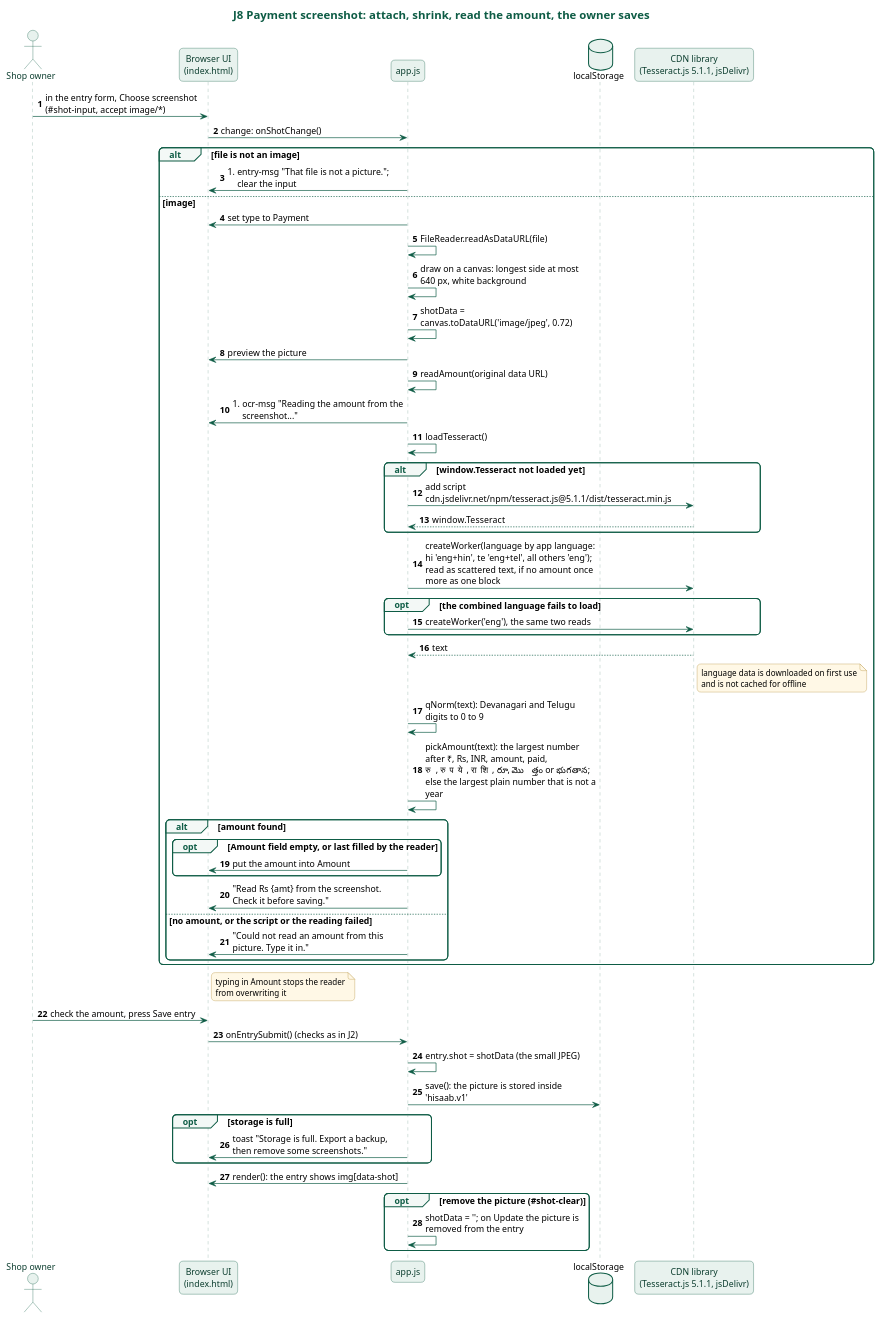
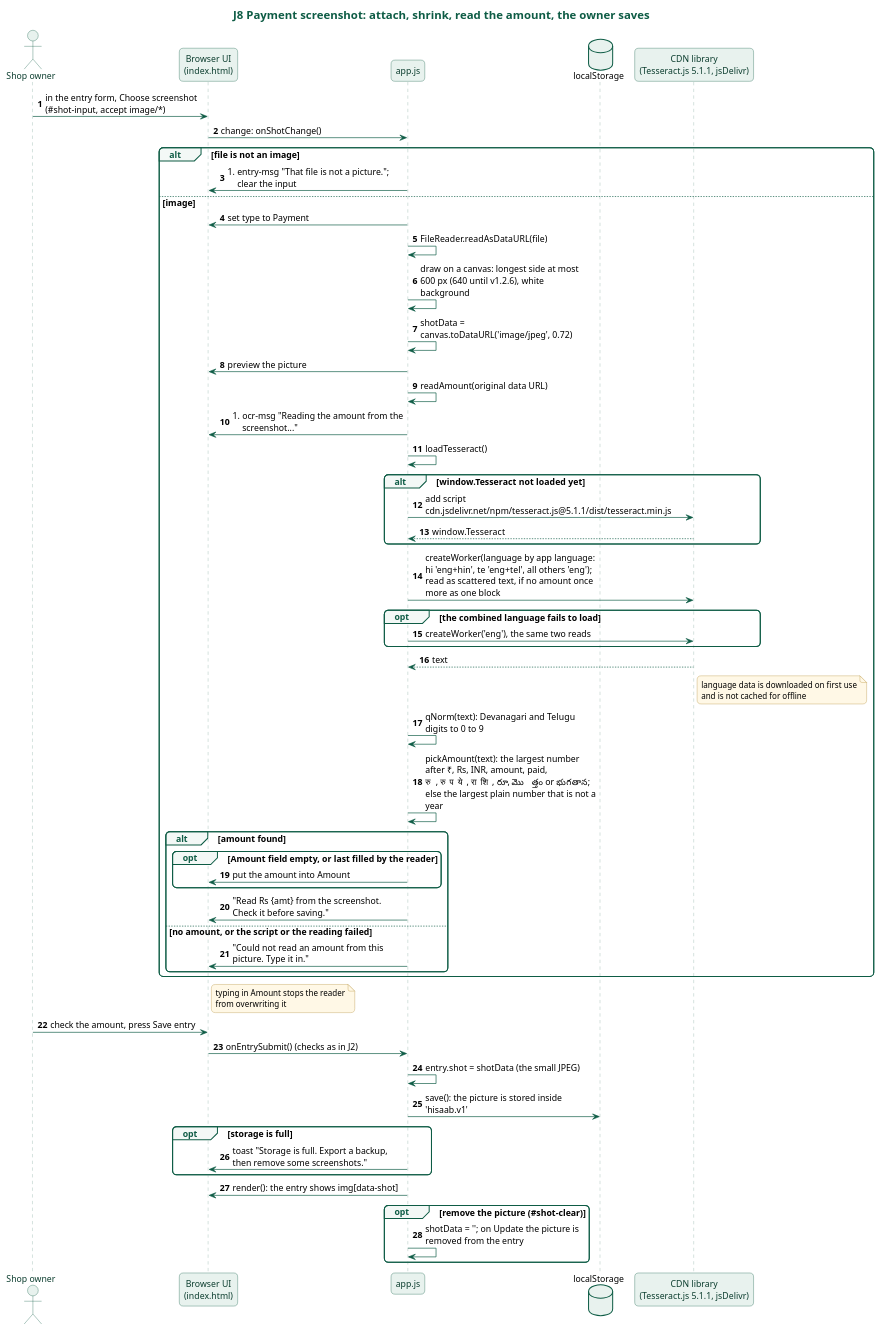
One commit to karwasanjay007/hisaab-docs changed the diagram in docs/diagrams/j8-payment-screenshot.puml. Above: the diagram before and after it, drawn with PlantUML. The commit also changed 31 other files, not shown here.

```diff
--- a/docs/diagrams/j8-payment-screenshot.puml
+++ b/docs/diagrams/j8-payment-screenshot.puml
@@ -1,92 +1,92 @@
 @startuml j8-payment-screenshot
 title J8 Payment screenshot: attach, shrink, read the amount, the owner saves
 skinparam backgroundColor white
 skinparam defaultFontName "Noto Sans"
 skinparam defaultFontSize 13
 skinparam roundCorner 12
 skinparam shadowing false
 skinparam maxMessageSize 260
 skinparam titleFontSize 17
 skinparam titleFontColor #0E5C45
 skinparam sequenceMessageAlign left
 skinparam responseMessageBelowArrow true
 skinparam sequence {
   ArrowColor #0E5C45
   LifeLineBorderColor #7FA89A
   LifeLineBackgroundColor #E8F2EE
   ParticipantBorderColor #0E5C45
   ParticipantBackgroundColor #E8F2EE
   ParticipantFontColor #0B3D2E
   ActorBorderColor #0E5C45
   ActorBackgroundColor #E8F2EE
   ActorFontColor #0B3D2E
   GroupBorderColor #0E5C45
   GroupHeaderFontColor #0E5C45
   GroupBackgroundColor #F3F8F6
   DividerBorderColor #0E5C45
   DividerBackgroundColor #E8F2EE
   DividerFontColor #0B3D2E
   BoxBorderColor #0E5C45
 }
 skinparam database {
   BorderColor #0E5C45
   BackgroundColor #E8F2EE
 }
 skinparam note {
   BorderColor #B08A2E
   BackgroundColor #FFF8E6
   FontSize 12
 }
 actor "Shop owner" as Owner
 participant "Browser UI\n(index.html)" as UI
 participant "app.js" as App
 database "localStorage" as LS
 participant "CDN library\n(Tesseract.js 5.1.1, jsDelivr)" as CDN
 autonumber
 Owner -> UI : in the entry form, Choose screenshot (#shot-input, accept image/*)
 UI -> App : change: onShotChange()
 alt file is not an image
   App -> UI : #entry-msg "That file is not a picture."; clear the input
 else image
   App -> UI : set type to Payment
   App -> App : FileReader.readAsDataURL(file)
-  App -> App : draw on a canvas: longest side at most 640 px, white background
+  App -> App : draw on a canvas: longest side at most 600 px (640 until v1.2.6), white background
   App -> App : shotData = canvas.toDataURL('image/jpeg', 0.72)
   App -> UI : preview the picture
   App -> App : readAmount(original data URL)
   App -> UI : #ocr-msg "Reading the amount from the screenshot..."
   App -> App : loadTesseract()
   alt window.Tesseract not loaded yet
     App -> CDN : add script cdn.jsdelivr.net/npm/tesseract.js@5.1.1/dist/tesseract.min.js
     CDN --> App : window.Tesseract
   end
   App -> CDN : createWorker(language by app language:\nhi 'eng+hin', te 'eng+tel', all others 'eng');\nread as scattered text, if no amount once more as one block
   opt the combined language fails to load
     App -> CDN : createWorker('eng'), the same two reads
   end
   CDN --> App : text
   note right of CDN : language data is downloaded on first use\nand is not cached for offline
   App -> App : qNorm(text): Devanagari and Telugu digits to 0 to 9
   App -> App : pickAmount(text): the largest number after ₹, Rs, INR, amount, paid,\nरु, रुपये, राशि, రూ, మొత్తం or భుగతాన;\nelse the largest plain number that is not a year
   alt amount found
     opt Amount field empty, or last filled by the reader
       App -> UI : put the amount into Amount
     end
     App -> UI : "Read Rs {amt} from the screenshot. Check it before saving."
   else no amount, or the script or the reading failed
     App -> UI : "Could not read an amount from this picture. Type it in."
   end
 end
 note right of UI : typing in Amount stops the reader\nfrom overwriting it
 Owner -> UI : check the amount, press Save entry
 UI -> App : onEntrySubmit() (checks as in J2)
 App -> App : entry.shot = shotData (the small JPEG)
 App -> LS : save(): the picture is stored inside 'hisaab.v1'
 opt storage is full
   App -> UI : toast "Storage is full. Export a backup, then remove some screenshots."
 end
 App -> UI : render(): the entry shows img[data-shot]
 opt remove the picture (#shot-clear)
   App -> App : shotData = ''; on Update the picture is removed from the entry
 end
 @enduml
```
